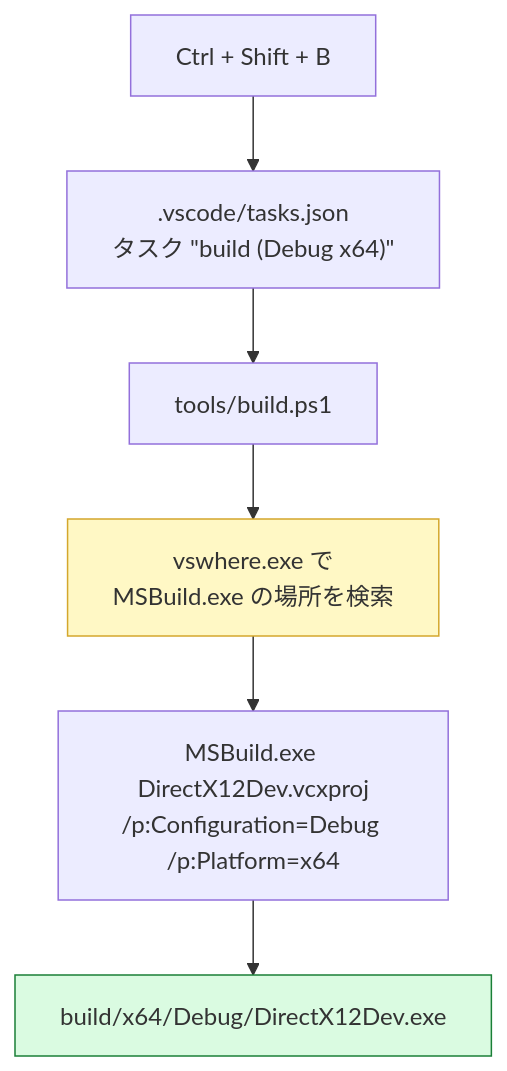
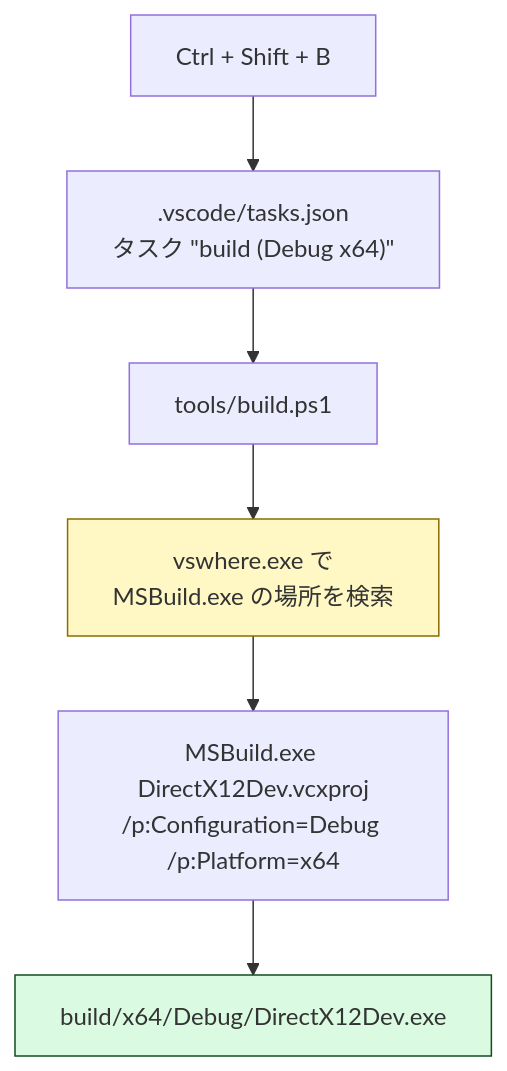
Before and after one commit to Tomonorarari-Think/DirectX12Dev: the diagram in docs/misc/setup/ビルドと実行方法.md, drawn with Mermaid. The commit also changed 24 other files, not shown here.

First line of the commit message:
fix: 図の配色を見直し、コントラスト比を 7:1 以上に引き上げる

````diff
--- a/docs/misc/setup/ビルドと実行方法.md
+++ b/docs/misc/setup/ビルドと実行方法.md
@@ -51,11 +51,11 @@
 ```mermaid
 flowchart TD
     A["Ctrl + Shift + B"] --> B[".vscode/tasks.json<br/>タスク &quot;build (Debug x64)&quot;"]
     B --> C["tools/build.ps1"]
     C --> D["vswhere.exe で<br/>MSBuild.exe の場所を検索"]
     D --> E["MSBuild.exe DirectX12Dev.vcxproj<br/>/p:Configuration=Debug /p:Platform=x64"]
     E --> F["build/x64/Debug/DirectX12Dev.exe"]
 
-    style D fill:#fff8c5,stroke:#d4a72c
-    style F fill:#dafbe1,stroke:#1a7f37
+    style D fill:#fff8c5,stroke:#8a6d00
+    style F fill:#dafbe1,stroke:#0d4f21
 ```
````
